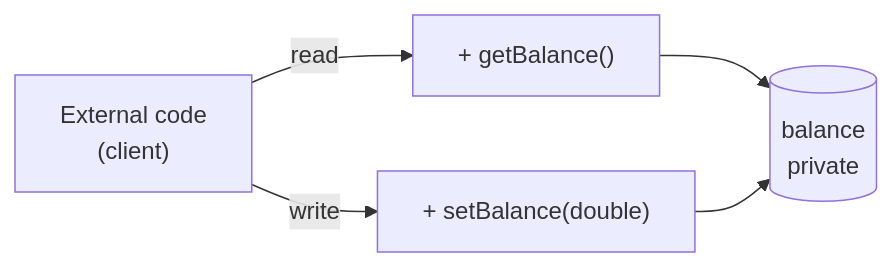
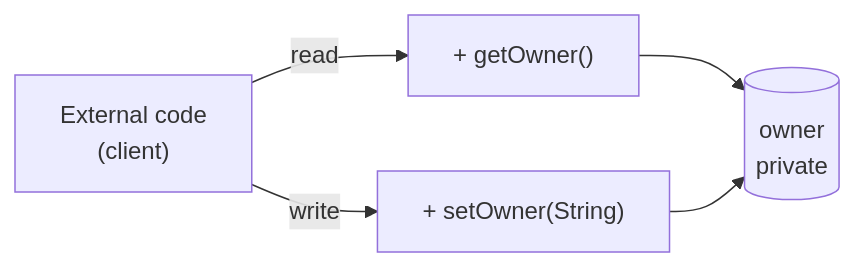
One commit to ModernProgrammingTech2026/mpt-lab-02-starter changed the second of 10 diagrams in oop-types-and-design-ru.md. Above: the diagram before and after it, drawn with Mermaid. The commit also changed other lines of this file, not shown here.

````diff
--- a/oop-types-and-design-ru.md
+++ b/oop-types-and-design-ru.md
@@ -70,11 +72,11 @@
 ```mermaid
 flowchart LR
     Client["External code\n(client)"]
-    GetBalance["+ getBalance()"]
-    SetBalance["+ setBalance(double)"]
-    Balance[("balance\nprivate")]
-    Client -->|"read"| GetBalance
-    Client -->|"write"| SetBalance
-    GetBalance --> Balance
-    SetBalance --> Balance
+    GetOwner["+ getOwner()"]
+    SetOwner["+ setOwner(String)"]
+    Owner[("owner\nprivate")]
+    Client -->|"read"| GetOwner
+    Client -->|"write"| SetOwner
+    GetOwner --> Owner
+    SetOwner --> Owner
 ```
````
